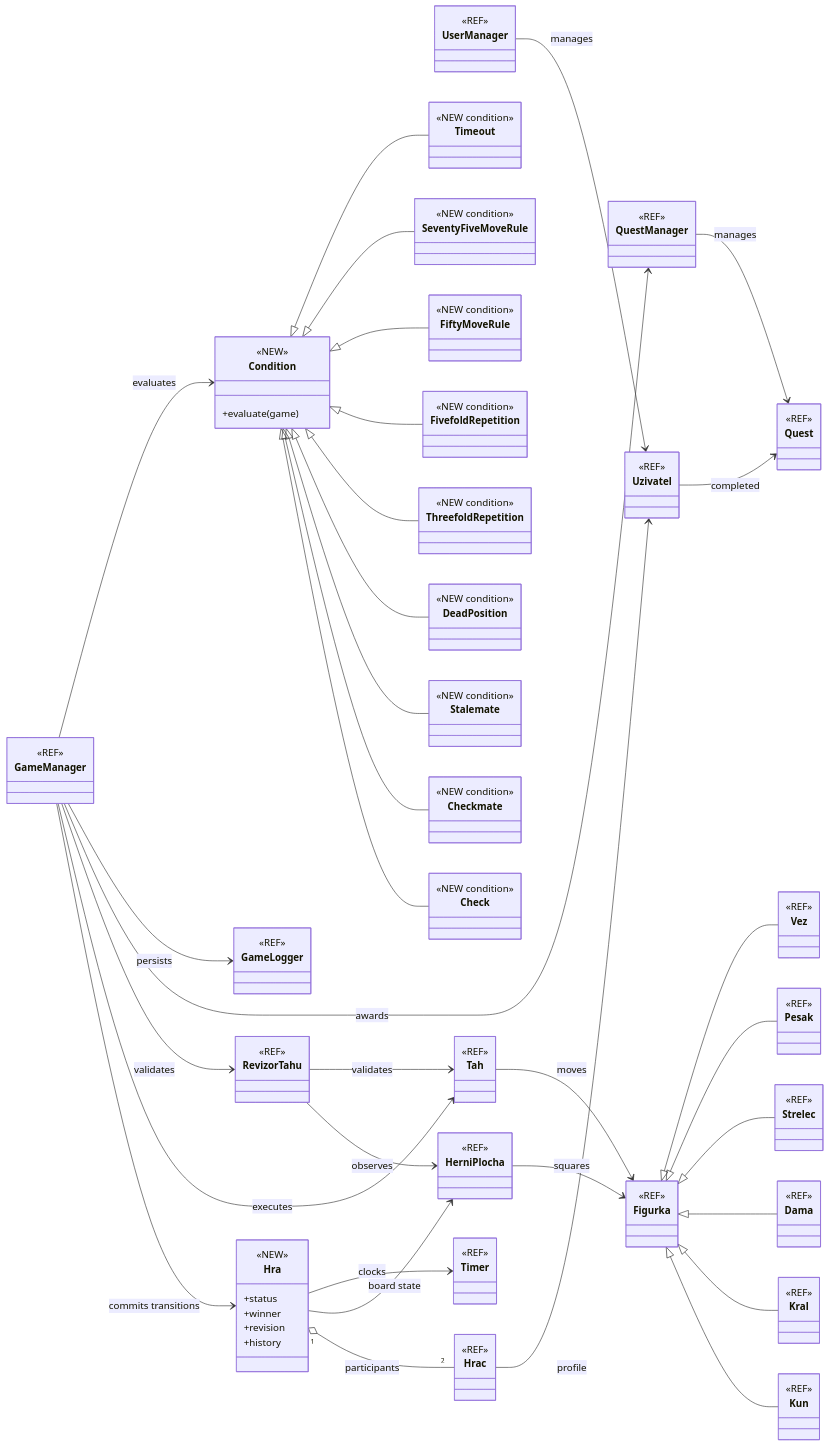
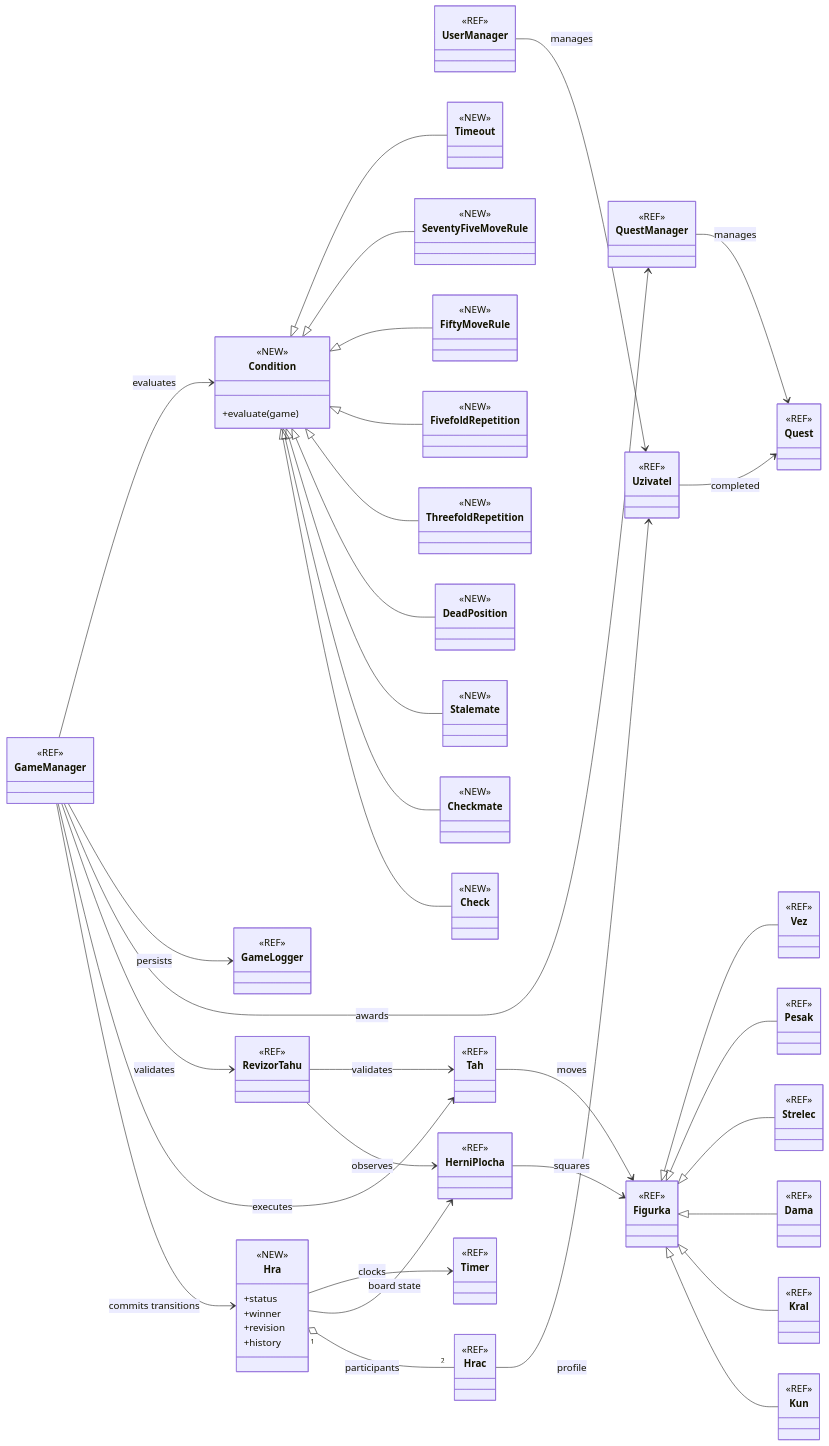
The first of 2 diagrams in .agents/PLAN.md (marius-patrik/BoardGamesWithQuests), drawn with Mermaid before and after one commit.

Commit message:
docs(diagram): use Mermaid-compatible NEW stereotypes for Chess condition subclasses (#430)

```diff
--- a/.agents/PLAN.md
+++ b/.agents/PLAN.md
@@ -132,31 +132,31 @@
   +evaluate(game)
 }
 class Check {
-  <<NEW condition>>
+  <<NEW>>
 }
 class Checkmate {
-  <<NEW condition>>
+  <<NEW>>
 }
 class Stalemate {
-  <<NEW condition>>
+  <<NEW>>
 }
 class DeadPosition {
-  <<NEW condition>>
+  <<NEW>>
 }
 class ThreefoldRepetition {
-  <<NEW condition>>
+  <<NEW>>
 }
 class FivefoldRepetition {
-  <<NEW condition>>
+  <<NEW>>
 }
 class FiftyMoveRule {
-  <<NEW condition>>
+  <<NEW>>
 }
 class SeventyFiveMoveRule {
-  <<NEW condition>>
+  <<NEW>>
 }
 class Timeout {
-  <<NEW condition>>
+  <<NEW>>
 }
 Uzivatel --> Quest : completed
 UserManager --> Uzivatel : manages
```
